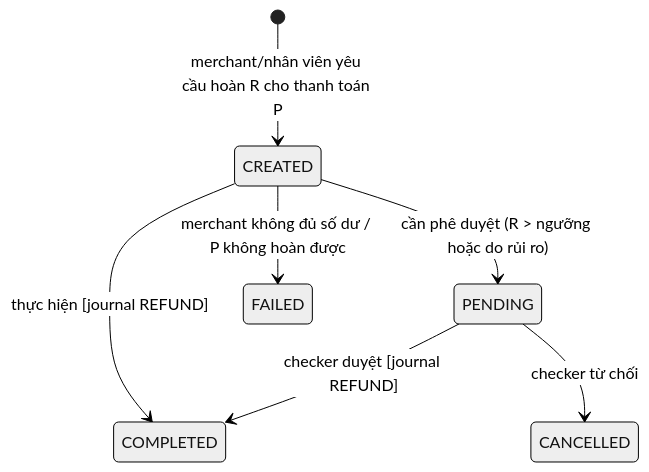
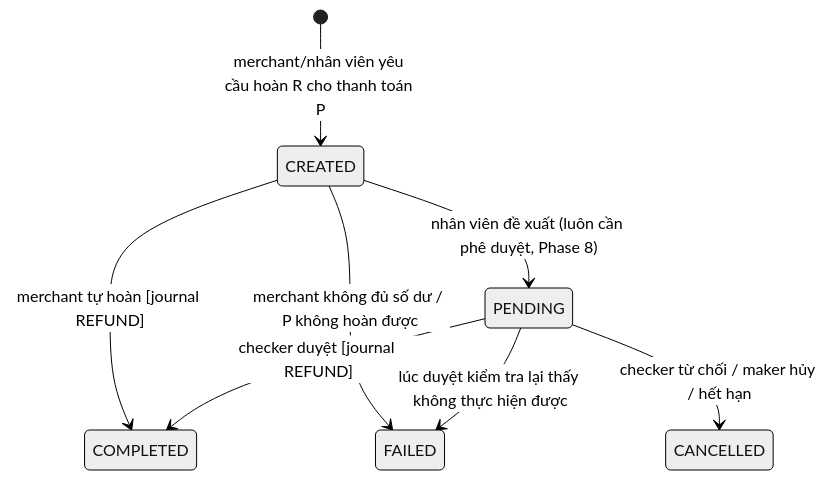
One commit to vnming/VieWallet changed the fifth of 5 diagrams in docs/architecture/financial-processing.md. Above: the diagram before and after it, drawn with Mermaid (neutral theme). The commit also changed other lines of this file and 70 other files, not shown here.

````diff
--- a/docs/architecture/financial-processing.md
+++ b/docs/architecture/financial-processing.md
@@ -181,9 +181,10 @@
 ```mermaid
 stateDiagram-v2
   [*] --> CREATED: merchant/nhân viên yêu cầu hoàn R cho thanh toán P
-  CREATED --> PENDING: cần phê duyệt (R > ngưỡng hoặc do rủi ro)
-  CREATED --> COMPLETED: thực hiện [journal REFUND]
+  CREATED --> PENDING: nhân viên đề xuất (luôn cần phê duyệt, Phase 8)
+  CREATED --> COMPLETED: merchant tự hoàn [journal REFUND]
   CREATED --> FAILED: merchant không đủ số dư / P không hoàn được
   PENDING --> COMPLETED: checker duyệt [journal REFUND]
-  PENDING --> CANCELLED: checker từ chối
+  PENDING --> FAILED: lúc duyệt kiểm tra lại thấy không thực hiện được
+  PENDING --> CANCELLED: checker từ chối / maker hủy / hết hạn
 ```
````
